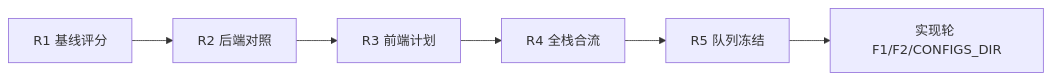
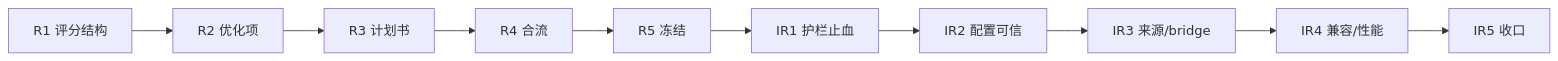
The diagram in docs/superpowers/plans/2026-07-11-fullstack-auto-iteration-log.md (scvxzf1/anima_lora_webui), drawn with Mermaid before and after one commit. The commit also changed other lines of this file and 3 other files, not shown here.

````diff
--- a/docs/superpowers/plans/2026-07-11-fullstack-auto-iteration-log.md
+++ b/docs/superpowers/plans/2026-07-11-fullstack-auto-iteration-log.md
@@ -173,8 +150,12 @@
 ```mermaid
 flowchart LR
-  R1[R1 基线评分] --> R2[R2 后端对照]
-  R2 --> R3[R3 前端计划]
-  R3 --> R4[R4 全栈合流]
-  R4 --> R5[R5 队列冻结]
-  R5 --> X[实现轮 F1/F2/CONFIGS_DIR]
+  R1[R1 评分结构] --> R2[R2 优化项]
+  R2 --> R3[R3 计划书]
+  R3 --> R4[R4 合流]
+  R4 --> R5[R5 冻结]
+  R5 --> IR1[IR1 护栏止血]
+  IR1 --> IR2[IR2 配置可信]
+  IR2 --> IR3[IR3 来源/bridge]
+  IR3 --> IR4[IR4 兼容/性能]
+  IR4 --> IR5[IR5 收口]
 ```
````
